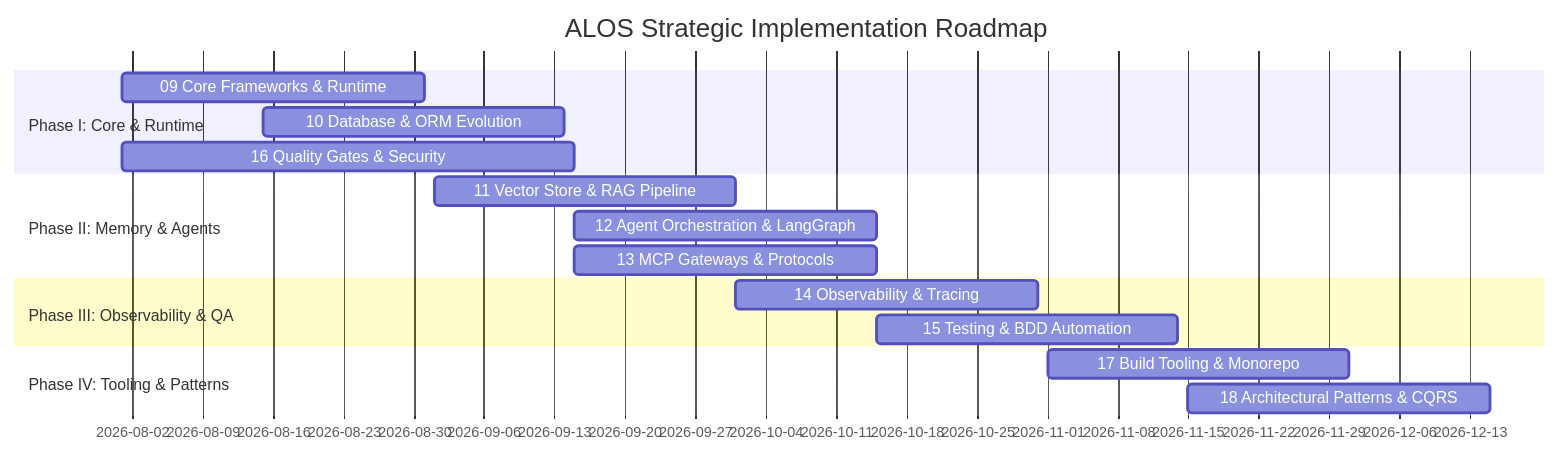
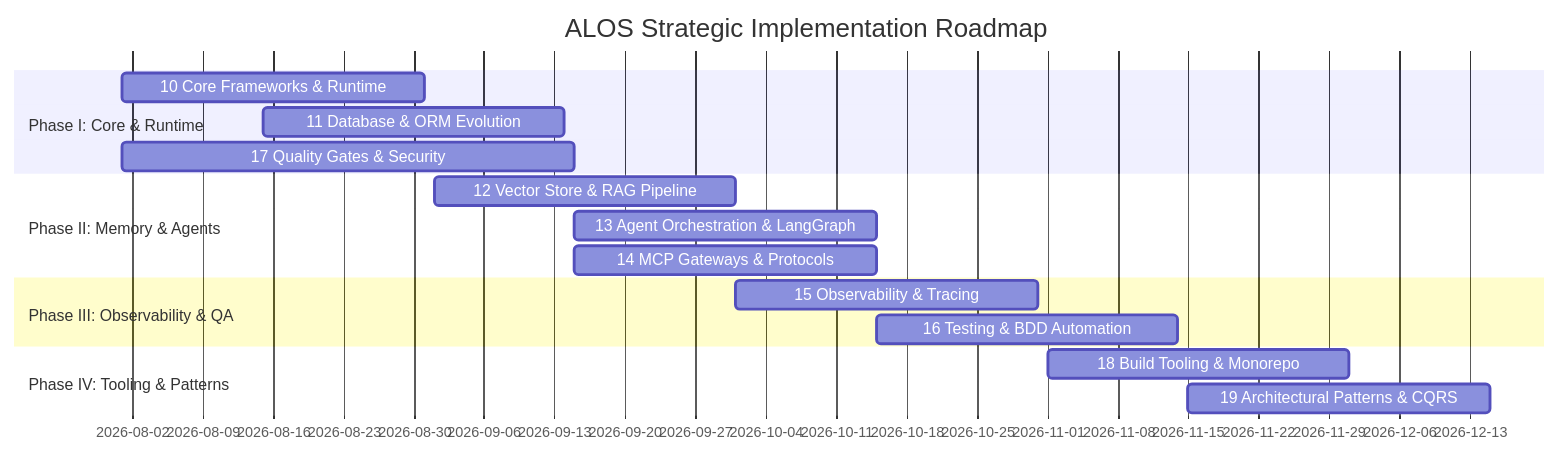
One commit to brandon-fox/alos changed the diagram in ROADMAP.md. Above: the diagram before and after it, drawn with Mermaid. The commit also changed other lines of this file and 1 other file, not shown here.

````diff
--- a/ROADMAP.md
+++ b/ROADMAP.md
@@ -12,19 +12,19 @@
 ```mermaid
 gantt
     title ALOS Strategic Implementation Roadmap
     dateFormat  YYYY-MM-DD
     section Phase I: Core & Runtime
-    09 Core Frameworks & Runtime       :2026-08-01, 30d
-    10 Database & ORM Evolution        :2026-08-15, 30d
-    16 Quality Gates & Security        :2026-08-01, 45d
+    10 Core Frameworks & Runtime       :2026-08-01, 30d
+    11 Database & ORM Evolution        :2026-08-15, 30d
+    17 Quality Gates & Security        :2026-08-01, 45d
     section Phase II: Memory & Agents
-    11 Vector Store & RAG Pipeline     :2026-09-01, 30d
-    12 Agent Orchestration & LangGraph :2026-09-15, 30d
-    13 MCP Gateways & Protocols        :2026-09-15, 30d
+    12 Vector Store & RAG Pipeline     :2026-09-01, 30d
+    13 Agent Orchestration & LangGraph :2026-09-15, 30d
+    14 MCP Gateways & Protocols        :2026-09-15, 30d
     section Phase III: Observability & QA
-    14 Observability & Tracing         :2026-10-01, 30d
-    15 Testing & BDD Automation        :2026-10-15, 30d
+    15 Observability & Tracing         :2026-10-01, 30d
+    16 Testing & BDD Automation        :2026-10-15, 30d
     section Phase IV: Tooling & Patterns
-    17 Build Tooling & Monorepo        :2026-11-01, 30d
-    18 Architectural Patterns & CQRS   :2026-11-15, 30d
+    18 Build Tooling & Monorepo        :2026-11-01, 30d
+    19 Architectural Patterns & CQRS   :2026-11-15, 30d
 ```
````
